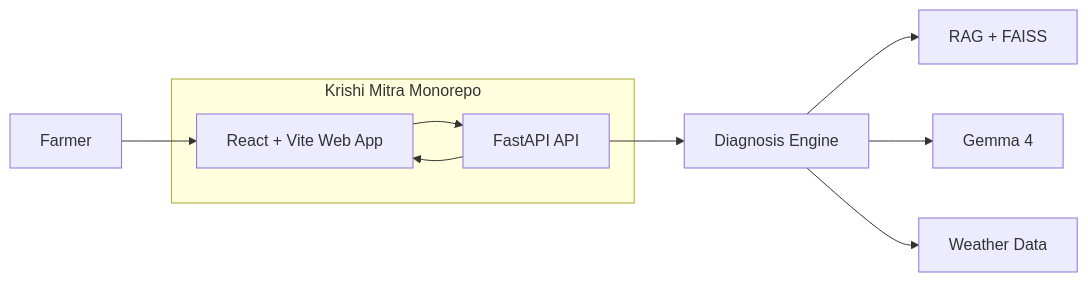
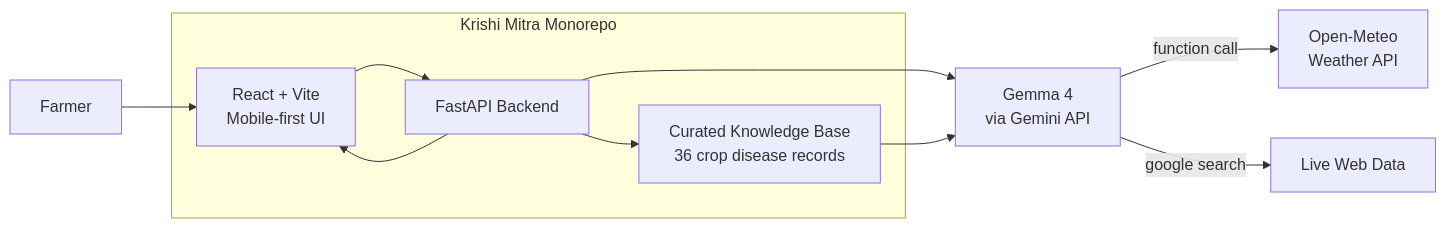
Before and after one commit to sudo-Harshk/Krishi-Mitra: the diagram in README.md, drawn with Mermaid. The commit also changed other lines of this file and 12 other files, not shown here.

````diff
--- a/README.md
+++ b/README.md
@@ -19,15 +72,17 @@
 ```mermaid
 flowchart LR
-  User[Farmer] --> Web[React + Vite Web App]
-  Web --> API[FastAPI API]
-  API --> Engine[Diagnosis Engine]
-  Engine --> RAG[RAG + FAISS]
-  Engine --> Gemma[Gemma 4]
-  Engine --> Weather[Weather Data]
+  User[Farmer] --> Web[React + Vite\nMobile-first UI]
+  Web --> API[FastAPI Backend]
+  API --> KB[Curated Knowledge Base\n36 crop disease records]
+  API --> Gemma[Gemma 4\nvia Gemini API]
+  Gemma -->|function call| Weather[Open-Meteo\nWeather API]
+  Gemma -->|google search| Web2[Live Web Data]
+  KB --> Gemma
   API --> Web
 
   subgraph Repo[Krishi Mitra Monorepo]
     Web
     API
+    KB
   end
 ```
````
